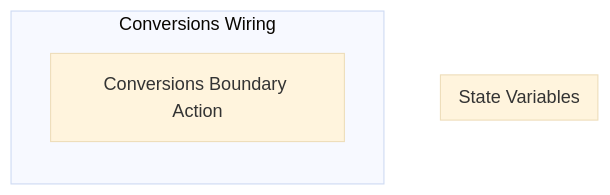
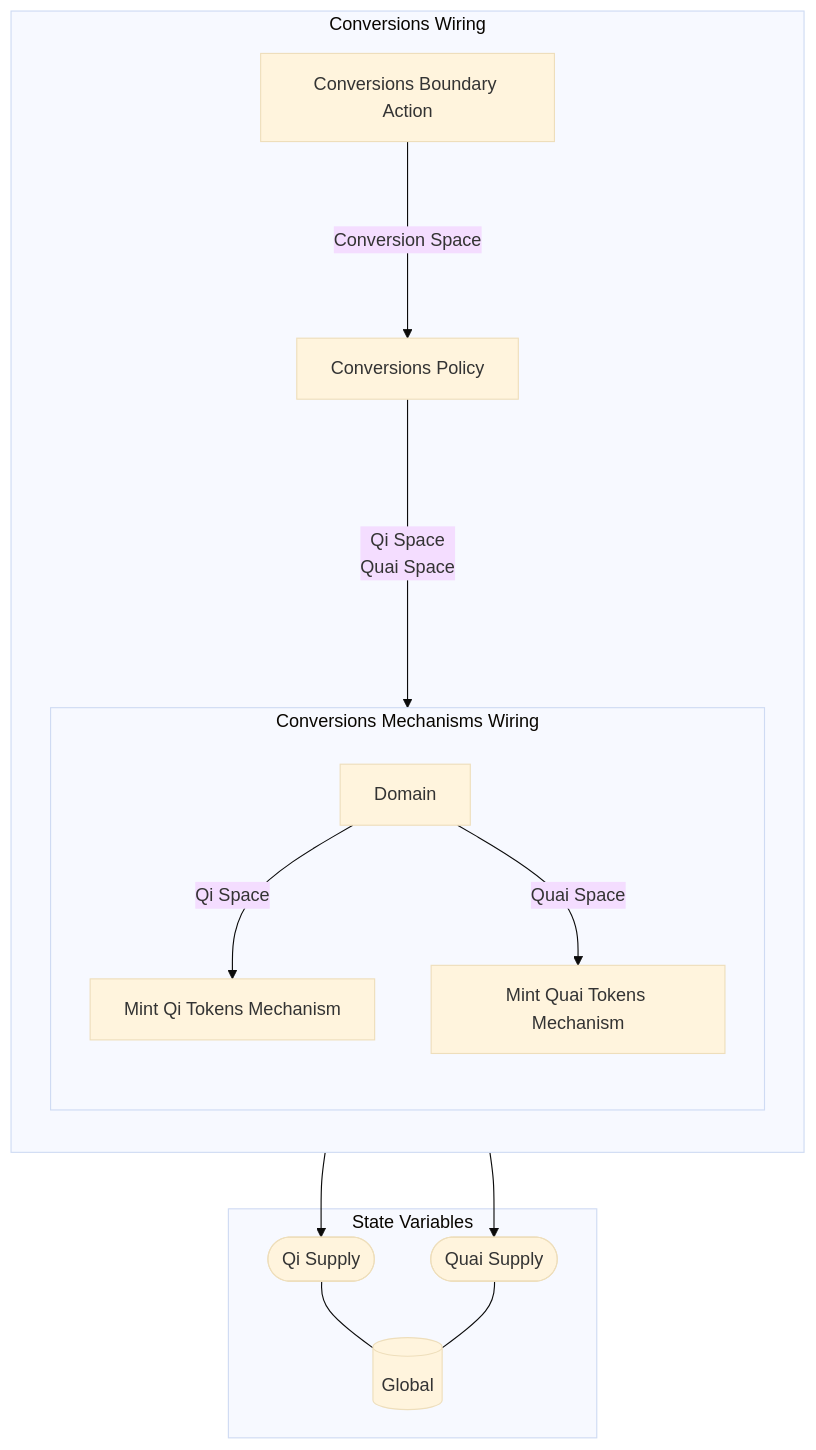
Before and after one commit to dominant-strategies/Quai-Macro-Model: the diagram in Research/MSML Scaffold/Wiring/Conversions Wiring.md, drawn with Mermaid (base theme). The commit also changed other lines of this file and 16 other files, not shown here.

````diff
--- a/Research/MSML Scaffold/Wiring/Conversions Wiring.md
+++ b/Research/MSML Scaffold/Wiring/Conversions Wiring.md
@@ -3,11 +3,33 @@
 ```mermaid
 graph TB
 
 subgraph SVS["State Variables"]
+EE0[("Global")]
+EES0(["Qi Supply"])
+EES0 --- EE0
+EES1(["Quai Supply"])
+EES1 --- EE0
 end
 
-subgraph X2["Conversions Wiring"]
+subgraph X8["Conversions Wiring"]
 direction TB
 X1["Conversions Boundary Action"]
+X2["Conversions Policy"]
+subgraph X7["Conversions Mechanisms Wiring"]
+direction TB
+X3["Mint Qi Tokens Mechanism"]
+X3 --> EES0
+X4["Mint Quai Tokens Mechanism"]
+X4 --> EES1
+X5[Domain]
+
+direction LR
+direction TB
+X5 --"Qi Space"--> X3
+X5 --"Quai Space"--> X4
+end
+X1--"Conversion Space"--->X2
+X2--"Qi Space
+Quai Space"---->X7
 end
 ```
````
